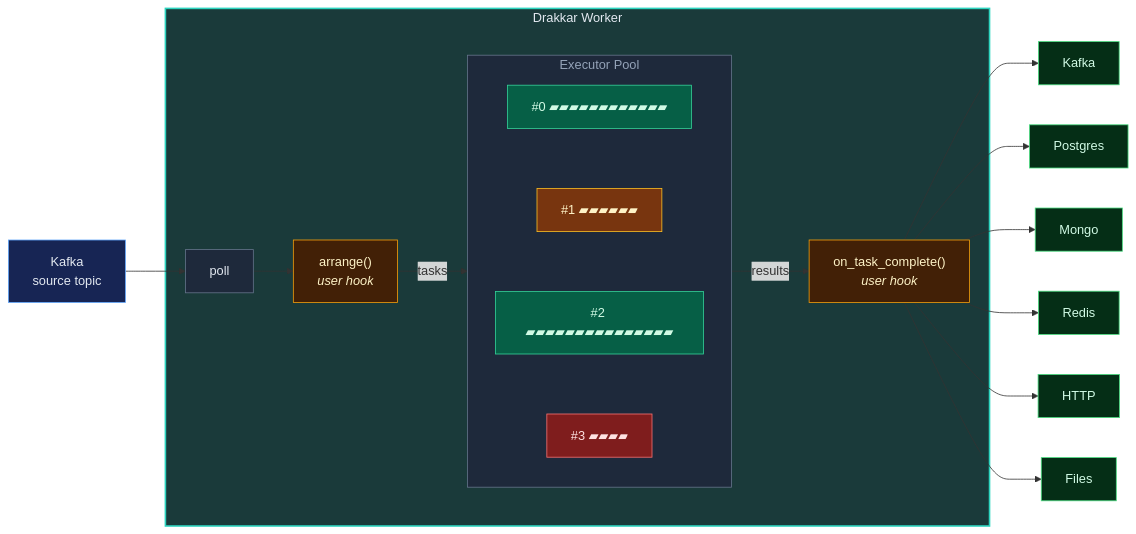
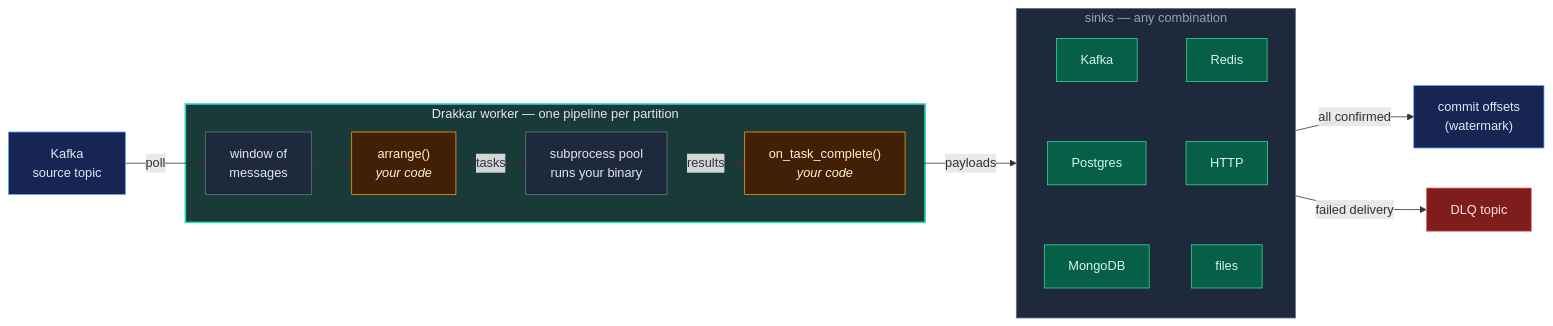
The second of 2 diagrams in docs/index.md (wlame/drakkar), drawn with Mermaid before and after one commit. The commit also changed other lines of this file, not shown here.

Commit message:
Redraw the home-page architecture diagram as the real pipeline with DLQ and watermark commit.

````diff
--- a/docs/index.md
+++ b/docs/index.md
@@ -55,42 +48,35 @@
 ```mermaid
 flowchart LR
-    K["Kafka\nsource topic"] --> P["poll"]
+    K["Kafka\nsource topic"] -- "poll" --> W
 
-    subgraph worker ["Drakkar Worker"]
-        P --> A["arrange()\n<i>user hook</i>"]
-        subgraph pool ["Executor Pool"]
-            direction TB
-            S0["#0 ▰▰▰▰▰▰▰▰▰▰▰▰"]
-            S1["#1 ▰▰▰▰▰▰"]
-            S2["#2 ▰▰▰▰▰▰▰▰▰▰▰▰▰▰▰"]
-            S3["#3 ▰▰▰▰"]
-            S0 ~~~ S1 ~~~ S2 ~~~ S3
-        end
-        A -- "tasks" --> pool
-        pool -- "results" --> C["on_task_complete()\n<i>user hook</i>"]
+    subgraph worker ["Drakkar worker — one pipeline per partition"]
+        W["window of\nmessages"] --> A["arrange()\n<i>your code</i>"]
+        A -- "tasks" --> P["subprocess pool\nruns your binary"]
+        P -- "results" --> T["on_task_complete()\n<i>your code</i>"]
     end
 
-    C --> SK["Kafka"]
-    C --> SP["Postgres"]
-    C --> SM["Mongo"]
-    C --> SR["Redis"]
-    C --> SH["HTTP"]
-    C --> SF["Files"]
+    T -- "payloads" --> sinks
+    subgraph sinks ["sinks — any combination"]
+        direction TB
+        SK["Kafka"] ~~~ SP["Postgres"] ~~~ SM["MongoDB"]
+        SR["Redis"] ~~~ SH["HTTP"] ~~~ SF["files"]
+    end
+    sinks -- "all confirmed" --> CO["commit offsets\n(watermark)"]
+    sinks -- "failed delivery" --> DLQ["DLQ topic"]
 
     style worker fill:#1a3a3a,stroke:#2dd4bf,stroke-width:2px,color:#e2e8f0
-    style pool fill:#1e293b,stroke:#64748b,stroke-width:1px,color:#94a3b8
+    style sinks fill:#1e293b,stroke:#64748b,stroke-width:1px,color:#94a3b8
+    style K fill:#172554,stroke:#60a5fa,color:#e2e8f0
+    style W fill:#1e293b,stroke:#64748b,color:#e2e8f0
+    style A fill:#422006,stroke:#f59e0b,color:#fef3c7
     style P fill:#1e293b,stroke:#64748b,color:#e2e8f0
-    style K fill:#172554,stroke:#60a5fa,color:#e2e8f0
-    style A fill:#422006,stroke:#f59e0b,color:#fef3c7
-    style C fill:#422006,stroke:#f59e0b,color:#fef3c7
-    style S0 fill:#065f46,stroke:#34d399,color:#d1fae5
-    style S1 fill:#78350f,stroke:#fbbf24,color:#fef3c7
-    style S2 fill:#065f46,stroke:#34d399,color:#d1fae5
-    style S3 fill:#7f1d1d,stroke:#f87171,color:#fee2e2
-    style SK fill:#052e16,stroke:#4ade80,color:#d1fae5
-    style SP fill:#052e16,stroke:#4ade80,color:#d1fae5
-    style SM fill:#052e16,stroke:#4ade80,color:#d1fae5
-    style SR fill:#052e16,stroke:#4ade80,color:#d1fae5
-    style SH fill:#052e16,stroke:#4ade80,color:#d1fae5
-    style SF fill:#052e16,stroke:#4ade80,color:#d1fae5
+    style T fill:#422006,stroke:#f59e0b,color:#fef3c7
+    style CO fill:#172554,stroke:#60a5fa,color:#e2e8f0
+    style DLQ fill:#7f1d1d,stroke:#f87171,color:#fee2e2
+    style SK fill:#065f46,stroke:#34d399,color:#d1fae5
+    style SP fill:#065f46,stroke:#34d399,color:#d1fae5
+    style SM fill:#065f46,stroke:#34d399,color:#d1fae5
+    style SR fill:#065f46,stroke:#34d399,color:#d1fae5
+    style SH fill:#065f46,stroke:#34d399,color:#d1fae5
+    style SF fill:#065f46,stroke:#34d399,color:#d1fae5
 ```
````
